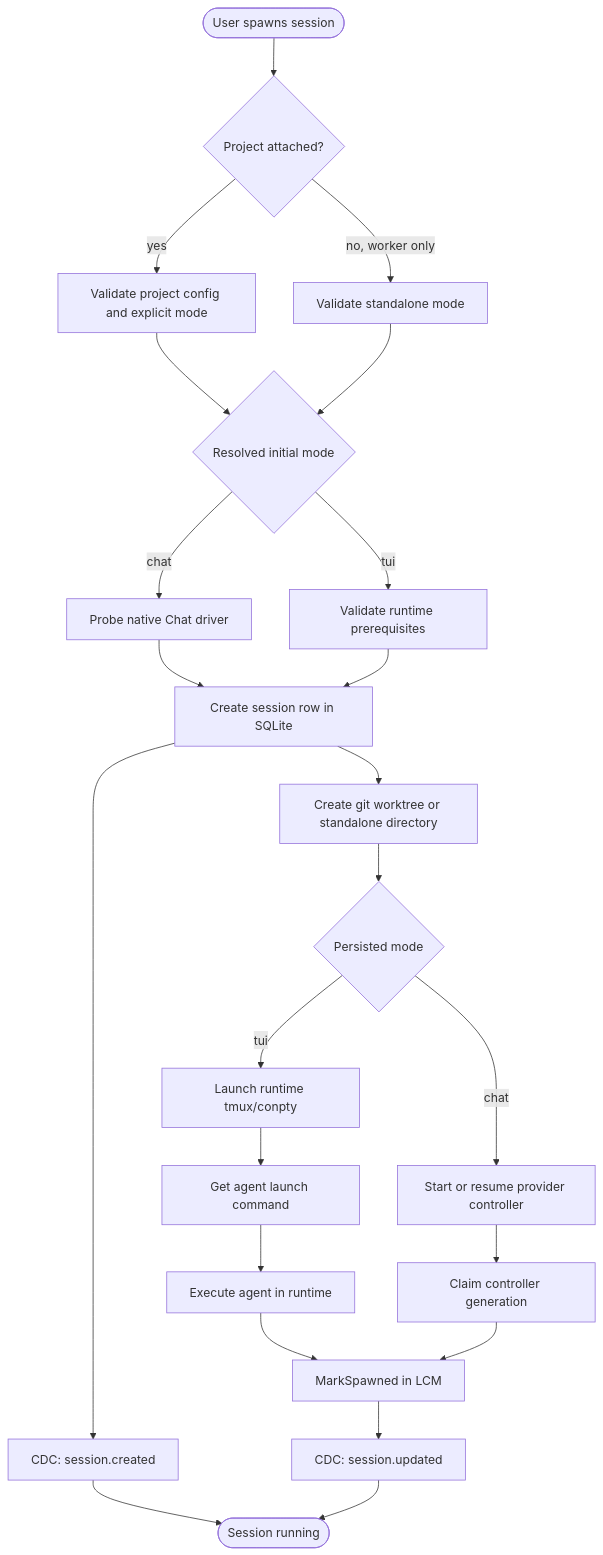
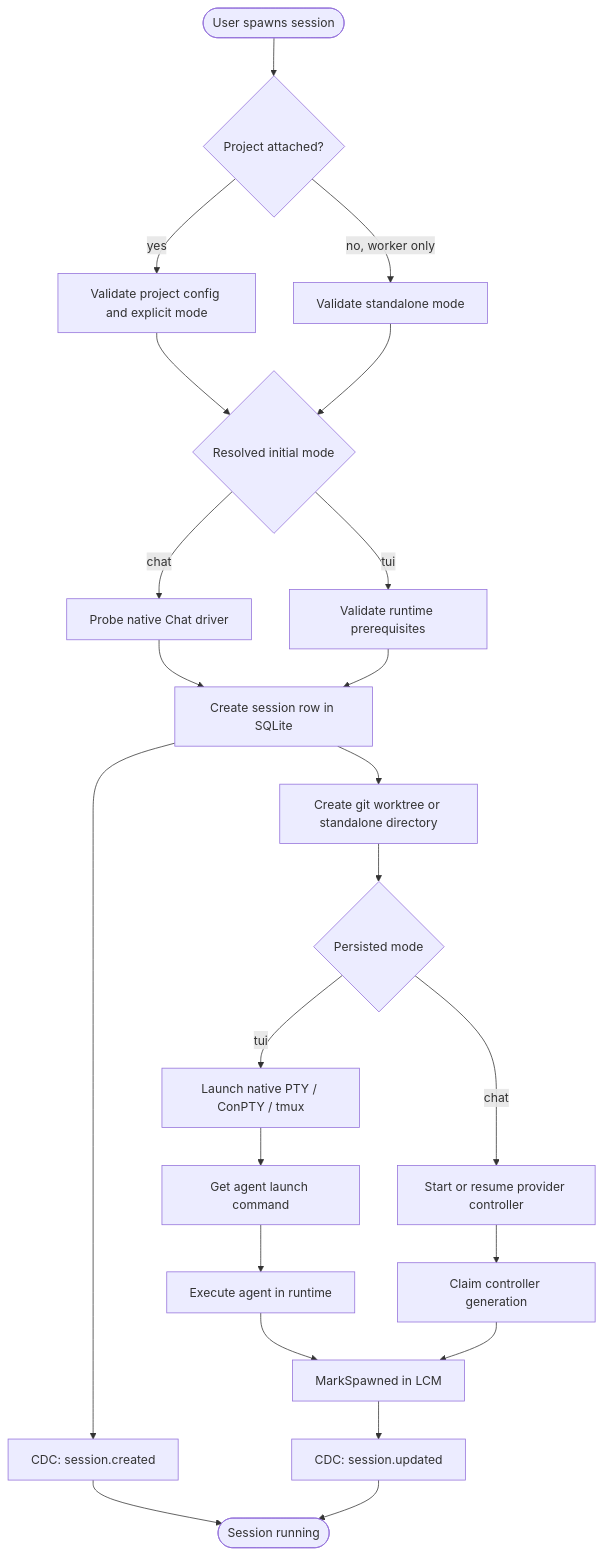
Before and after one commit to OrchestratorInc/agent-orchestrator: the seventh of 24 diagrams in docs/architecture.md, drawn with Mermaid. The commit also changed other lines of this file and 48 other files, not shown here.

````diff
--- a/docs/architecture.md
+++ b/docs/architecture.md
@@ -296,26 +296,26 @@
 ```mermaid
 flowchart TD
     Start([User spawns session]) --> Scope{Project attached?}
     Scope -->|yes| Validate[Validate project config and explicit mode]
     Scope -->|no, worker only| ValidateStandalone[Validate standalone mode]
     Validate --> InitialMode{Resolved initial mode}
     ValidateStandalone --> InitialMode
     InitialMode -->|chat| Preflight[Probe native Chat driver]
     InitialMode -->|tui| RuntimePreflight[Validate runtime prerequisites]
     Preflight --> CreateRow[Create session row in SQLite]
     RuntimePreflight --> CreateRow
     CreateRow --> Trigger1[CDC: session.created]
     CreateRow --> CreateWS[Create git worktree or standalone directory]
     CreateWS --> LaunchMode{Persisted mode}
-    LaunchMode -->|tui| CreateRT[Launch runtime tmux/conpty]
+    LaunchMode -->|tui| CreateRT[Launch native PTY / ConPTY / tmux]
     CreateRT --> GetCmd[Get agent launch command]
     GetCmd --> ExecAgent[Execute agent in runtime]
     LaunchMode -->|chat| ChatController[Start or resume provider controller]
     ChatController --> Fence[Claim controller generation]
     ExecAgent --> MarkSpawned[MarkSpawned in LCM]
     Fence --> MarkSpawned
     MarkSpawned --> Trigger2[CDC: session.updated]
     Trigger1 --> Done
     Trigger2 --> Done([Session running])
 
 ```
````
